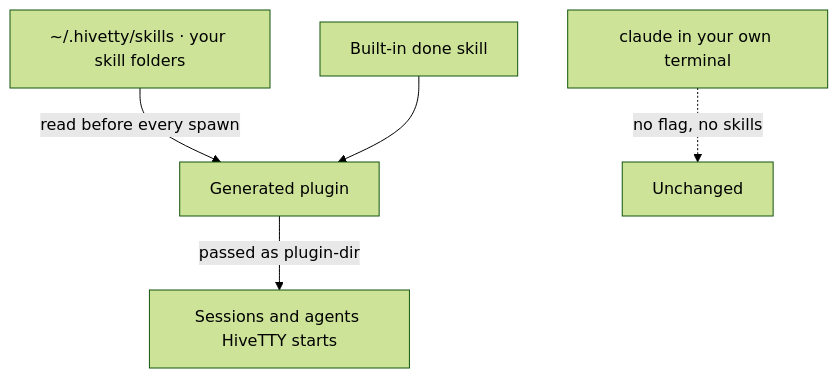
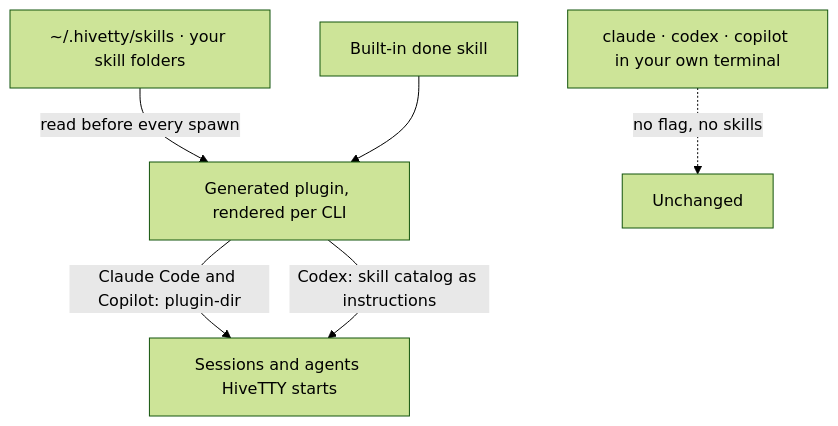
One commit to behiques/hivetty changed the diagram in docs/assets/diagrams/skills.mmd. Above: the diagram before and after it, drawn with Mermaid (forest theme). The commit also changed 67 other files, not shown here.

First line of the commit message:
HiveTTY Pro: proprietary licence, multi-CLI docs, retaken images (#254)

```diff
--- a/docs/assets/diagrams/skills.mmd
+++ b/docs/assets/diagrams/skills.mmd
@@ -1,5 +1,6 @@
 flowchart TD
-  src[~/.hivetty/skills · your skill folders] -->|read before every spawn| plug[Generated plugin]
+  src[~/.hivetty/skills · your skill folders] -->|read before every spawn| plug[Generated plugin, rendered per CLI]
   builtin[Built-in done skill] --> plug
-  plug -->|passed as plugin-dir| hive[Sessions and agents HiveTTY starts]
-  own[claude in your own terminal] -.->|no flag, no skills| same[Unchanged]
+  plug -->|Claude Code and Copilot: plugin-dir| hive[Sessions and agents HiveTTY starts]
+  plug -->|Codex: skill catalog as instructions| hive
+  own[claude · codex · copilot in your own terminal] -.->|no flag, no skills| same[Unchanged]
```
